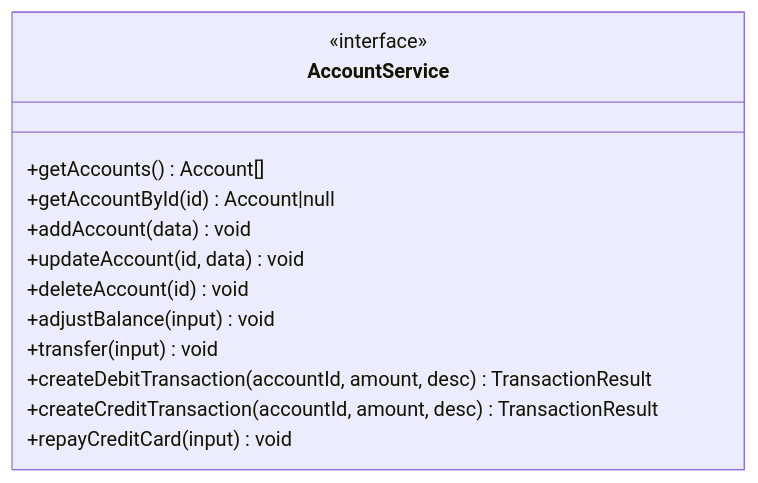
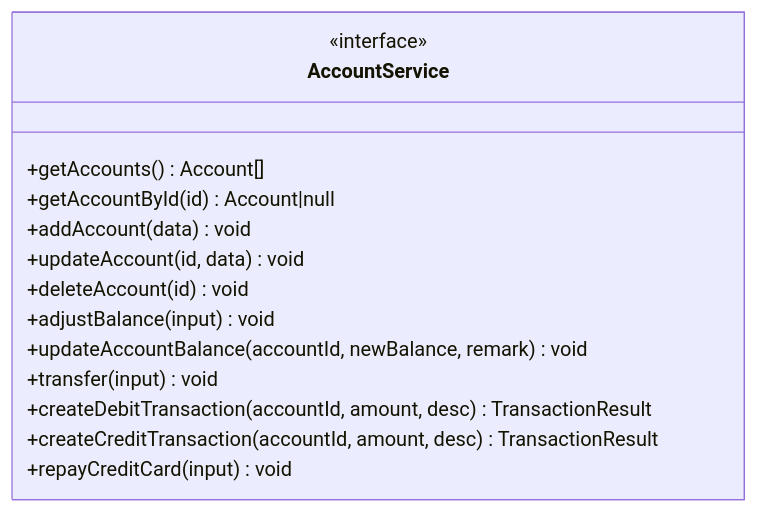
Before and after one commit to xiao-lin-unit/yuan: the ninth of 12 diagrams in .qoder/repowiki/zh/content/账户管理/账户管理.md, drawn with Mermaid. The commit also changed other lines of this file and 9 other files, not shown here.

````diff
--- a/.qoder/repowiki/zh/content/账户管理/账户管理.md
+++ b/.qoder/repowiki/zh/content/账户管理/账户管理.md
@@ -344,16 +345,17 @@
 ```mermaid
 classDiagram
 class AccountService {
 <<interface>>
 +getAccounts() Account[]
 +getAccountById(id) Account|null
 +addAccount(data) void
 +updateAccount(id, data) void
 +deleteAccount(id) void
 +adjustBalance(input) void
++updateAccountBalance(accountId, newBalance, remark) void
 +transfer(input) void
 +createDebitTransaction(accountId, amount, desc) TransactionResult
 +createCreditTransaction(accountId, amount, desc) TransactionResult
 +repayCreditCard(input) void
 }
 ```
````
